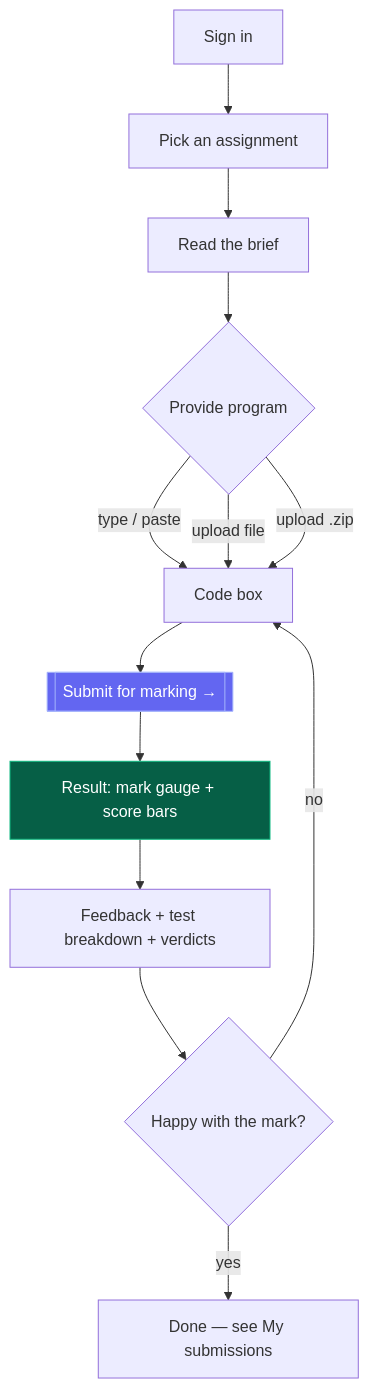
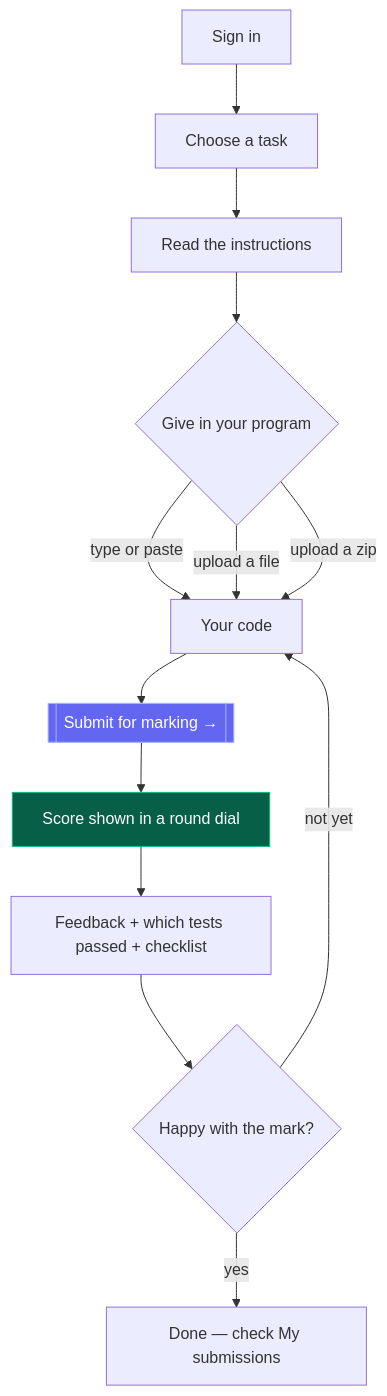
One commit to Jabulani00/AUTOMARK changed the third of 8 diagrams in FLOW.md. Above: the diagram before and after it, drawn with Mermaid. The commit also changed other lines of this file, not shown here.

Commit message:
new flow

````diff
--- a/FLOW.md
+++ b/FLOW.md
@@ -98,18 +102,18 @@
 ```mermaid
 flowchart TD
-    A[Sign in] --> B[Pick an assignment]
-    B --> C[Read the brief]
-    C --> D{Provide program}
-    D -->|type / paste| E[Code box]
-    D -->|upload file| E
-    D -->|upload .zip| E
+    A[Sign in] --> B[Choose a task]
+    B --> C[Read the instructions]
+    C --> D{Give in your program}
+    D -->|type or paste| E[Your code]
+    D -->|upload a file| E
+    D -->|upload a zip| E
     E --> F[[Submit for marking →]]
-    F --> G[Result: mark gauge + score bars]
-    G --> H[Feedback + test breakdown + verdicts]
+    F --> G[Score shown in a round dial]
+    G --> H[Feedback + which tests passed + checklist]
     H --> I{Happy with the mark?}
-    I -->|no| E
-    I -->|yes| J[Done — see My submissions]
+    I -->|not yet| E
+    I -->|yes| J[Done — check My submissions]
 
     style F fill:#6366f1,stroke:#a5b4fc,color:#fff
     style G fill:#065f46,stroke:#10b981,color:#fff
 ```
````
